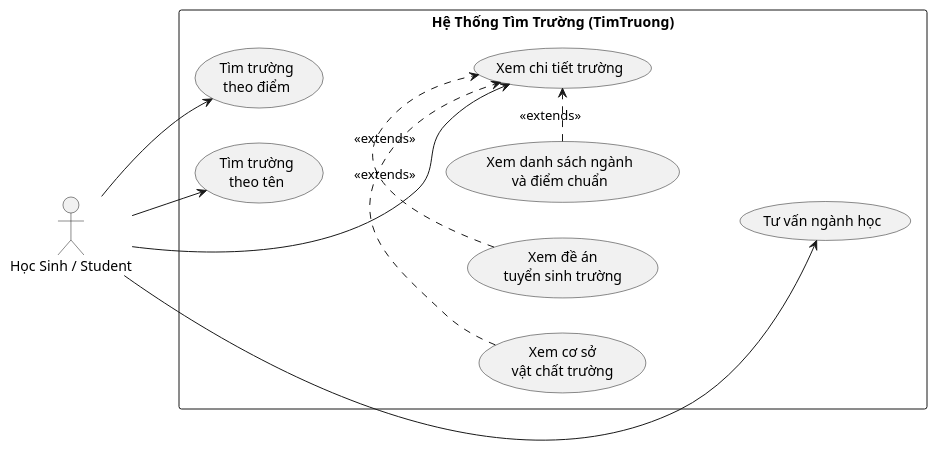
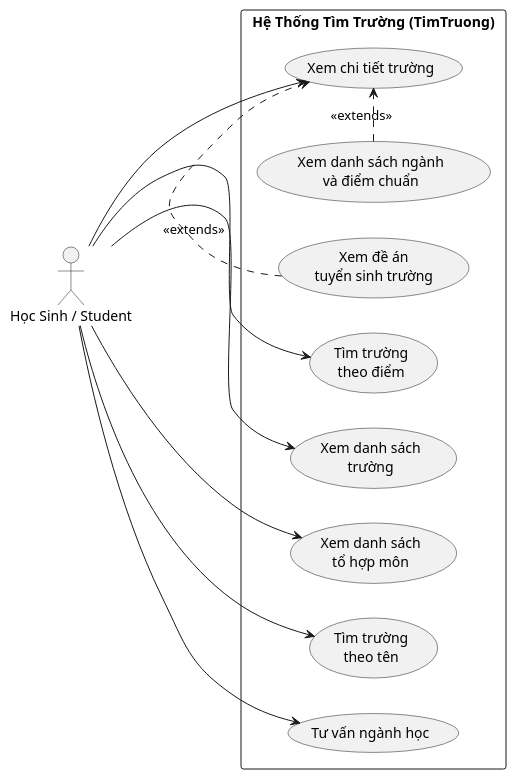
Before and after one commit to longhuynhdev/TimTruong: the diagram in docs/Use-Case-Diagram.plantuml, drawn with PlantUML. The commit also changed 4 other files, not shown here.

```diff
--- a/docs/Use-Case-Diagram.plantuml
+++ b/docs/Use-Case-Diagram.plantuml
@@ -1,35 +1,34 @@
 @startuml
 left to right direction
 skinparam packageStyle rectangle
 
 actor "Học Sinh / Student" as Student
 
 rectangle "Hệ Thống Tìm Trường (TimTruong)" {
-usecase "Tìm trường\ntheo điểm" as UC1
-usecase "Tìm trường\ntheo tên" as UC2
 
-    usecase "Xem chi tiết trường" as UC3
+  ' --- Implemented ---
+  usecase "Tìm trường\ntheo điểm" as UC1
+  usecase "Xem danh sách\ntrường" as UC2
+  usecase "Xem danh sách\ntổ hợp môn" as UC3
 
-    usecase "Xem danh sách ngành\nvà điểm chuẩn" as UC4
-    usecase "Xem đề án\ntuyển sinh trường" as AUC2
-    usecase "Xem cơ sở\nvật chất trường" as UC5
-
-    usecase "Tư vấn ngành học" as AUC1
-
-    UC1 -[hidden]- UC3
-    UC2 -[hidden]- UC3
-    UC3 -[hidden]- AUC1
+  ' --- Planned ---
+  usecase "Tìm trường\ntheo tên" as UC4
+  usecase "Xem chi tiết trường" as UC5
+  usecase "Xem danh sách ngành\nvà điểm chuẩn" as UC6
+  usecase "Xem đề án\ntuyển sinh trường" as UC7
+  usecase "Tư vấn ngành học" as UC8
 
 }
 
 ' --- Relationships ---
 
 Student --> UC1
 Student --> UC2
 Student --> UC3
-Student --> AUC1
+Student --> UC4
+Student --> UC5
+Student --> UC8
 
-UC4 .> UC3 : <<extends>>
-AUC2 .> UC3 : <<extends>>
-UC5 .> UC3 : <<extends>>
+UC6 .> UC5 : <<extends>>
+UC7 .> UC5 : <<extends>>
 @enduml
```
